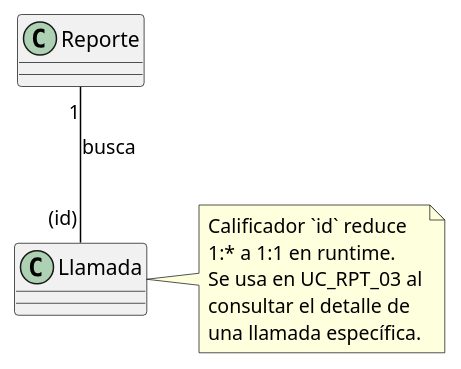
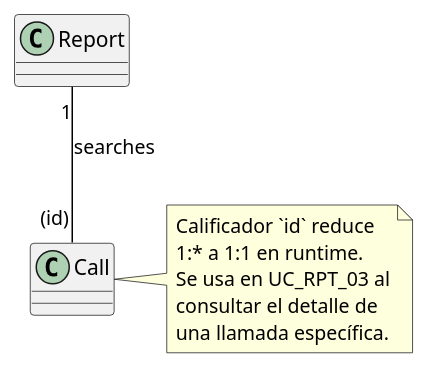
One commit to jcg-admin/IACT-docs changed the diagram in source/requisitos/_metodologia-aplicacion/relaciones-uml/busqueda-de-llamada-por-id.rst. Above: the diagram before and after it, drawn with PlantUML. The commit also changed 19 other files, not shown here.

First line of the commit message:
Translate identifiers in B-C relaciones-uml/ (T-011..T-030)

```diff
--- a/source/requisitos/_metodologia-aplicacion/relaciones-uml/busqueda-de-llamada-por-id.rst
+++ b/source/requisitos/_metodologia-aplicacion/relaciones-uml/busqueda-de-llamada-por-id.rst
@@ -4,15 +4,15 @@
 .. uml::
 
    @startuml
 
-   class Reporte
-   class Llamada
-   Reporte "1" -[#black]- "(id)" Llamada : busca
-   note right of Llamada
+   class Report
+   class Call
+   Report "1" -[#black]- "(id)" Call : searches
+   note right of Call
      Calificador `id` reduce
      1:* a 1:1 en runtime.
      Se usa en UC_RPT_03 al
      consultar el detalle de
      una llamada específica.
    end note
    @enduml
```
